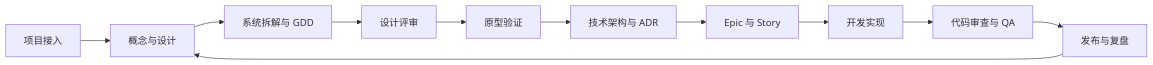
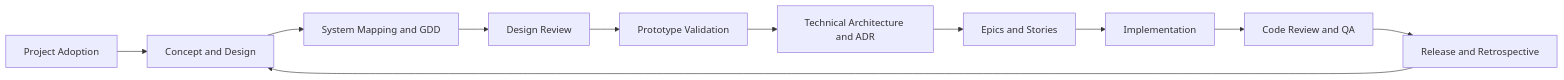
Before and after one commit to Silvera0218/Game_Design: the diagram in README.md, drawn with Mermaid. The commit also changed other lines of this file, not shown here.

Commit message:
Translate project README to English

````diff
--- a/README.md
+++ b/README.md
@@ -18,13 +18,13 @@
 ```mermaid
 flowchart LR
-    A["项目接入"] --> B["概念与设计"]
-    B --> C["系统拆解与 GDD"]
-    C --> D["设计评审"]
-    D --> E["原型验证"]
-    E --> F["技术架构与 ADR"]
-    F --> G["Epic 与 Story"]
-    G --> H["开发实现"]
-    H --> I["代码审查与 QA"]
-    I --> J["发布与复盘"]
+    A["Project Adoption"] --> B["Concept and Design"]
+    B --> C["System Mapping and GDD"]
+    C --> D["Design Review"]
+    D --> E["Prototype Validation"]
+    E --> F["Technical Architecture and ADR"]
+    F --> G["Epics and Stories"]
+    G --> H["Implementation"]
+    H --> I["Code Review and QA"]
+    I --> J["Release and Retrospective"]
     J --> B
 ```
````
